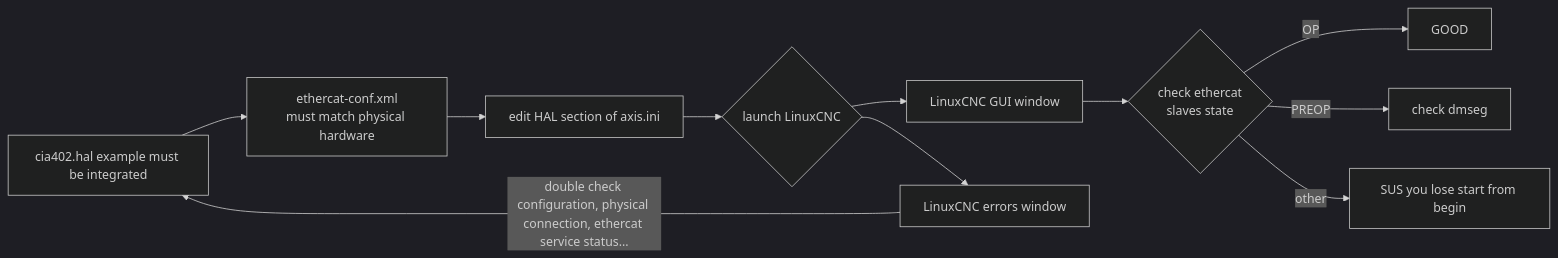
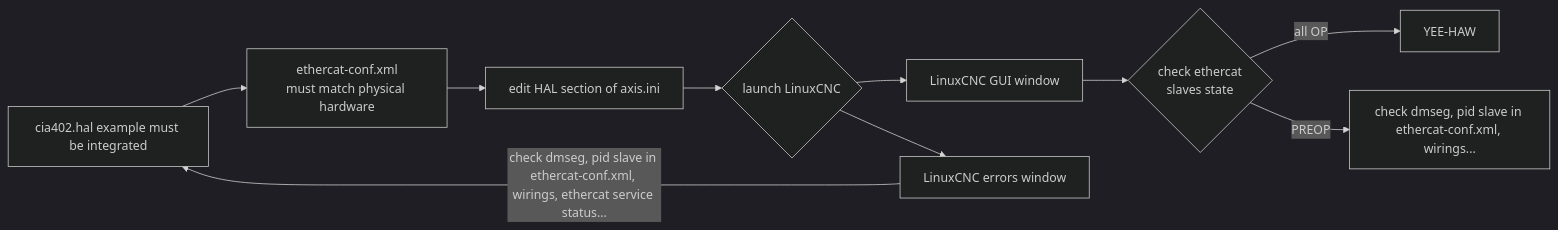
One commit to ronzinante/linuxcnc-collection changed the diagram in commissioning-linuxcnc.md. Above: the diagram before and after it, drawn with Mermaid (dark theme). The commit also changed other lines of this file and 13 other files, not shown here.

````diff
--- a/commissioning-linuxcnc.md
+++ b/commissioning-linuxcnc.md
@@ -47,13 +55,12 @@
 ```mermaid
 flowchart LR
     A[cia402.hal example must be integrated] --> A1[ethercat-conf.xml<br>must match physical hardware]
     A1 --> A3[edit HAL section of axis.ini]
     A3 --> C{launch LinuxCNC}
     C --> LGUI[LinuxCNC GUI window]
     C --> LError[LinuxCNC errors window]
-    LError-->|double check configuration, physical connection, ethercat service status...| A
+    LError-->|check dmseg, pid slave in ethercat-conf.xml, wirings, ethercat service status...| A
     LGUI --> D
-    D{check ethercat<br>slaves state} -->|OP| F[GOOD]
-    D -->|PREOP| E[check dmseg]
-    D -->|other| G[SUS you lose start from begin]
+    D{check ethercat<br>slaves state} -->|all OP| F[YEE-HAW]
+    D -->|PREOP| E[check dmseg, pid slave in ethercat-conf.xml, wirings...]
 ```
````
